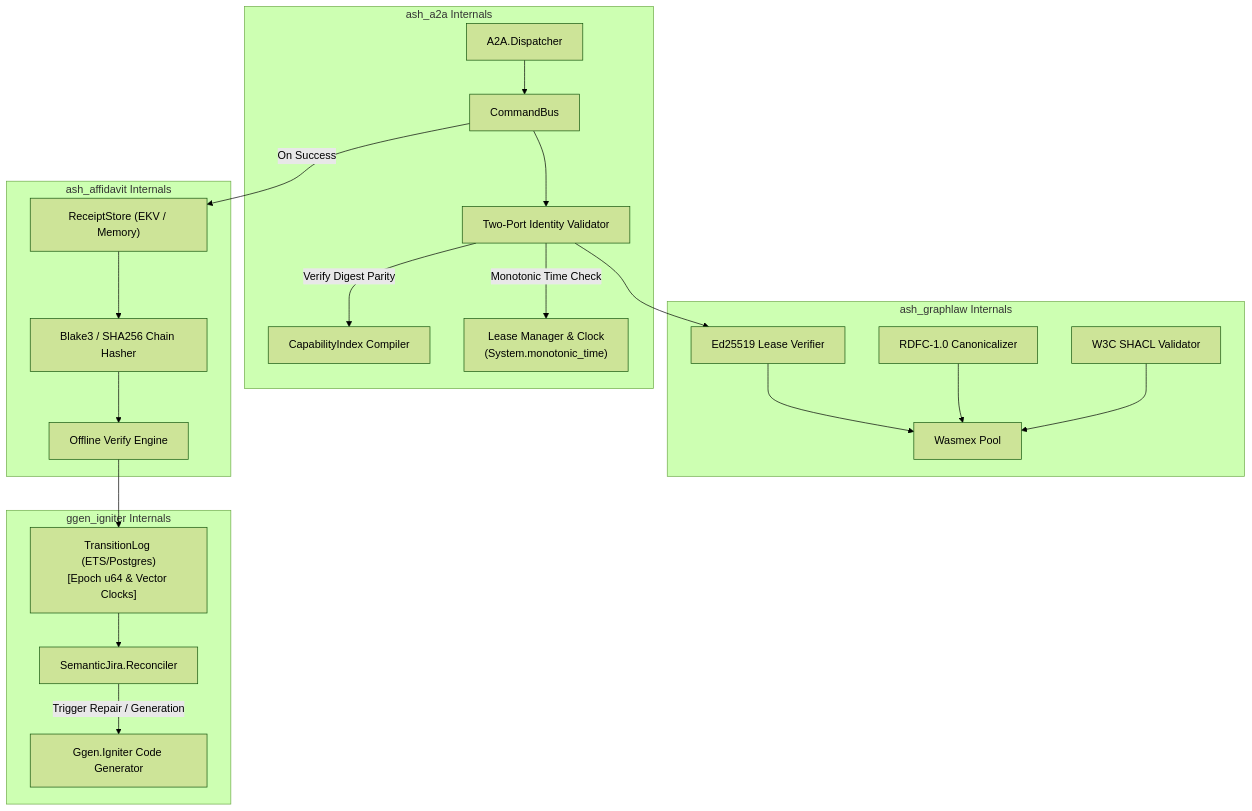
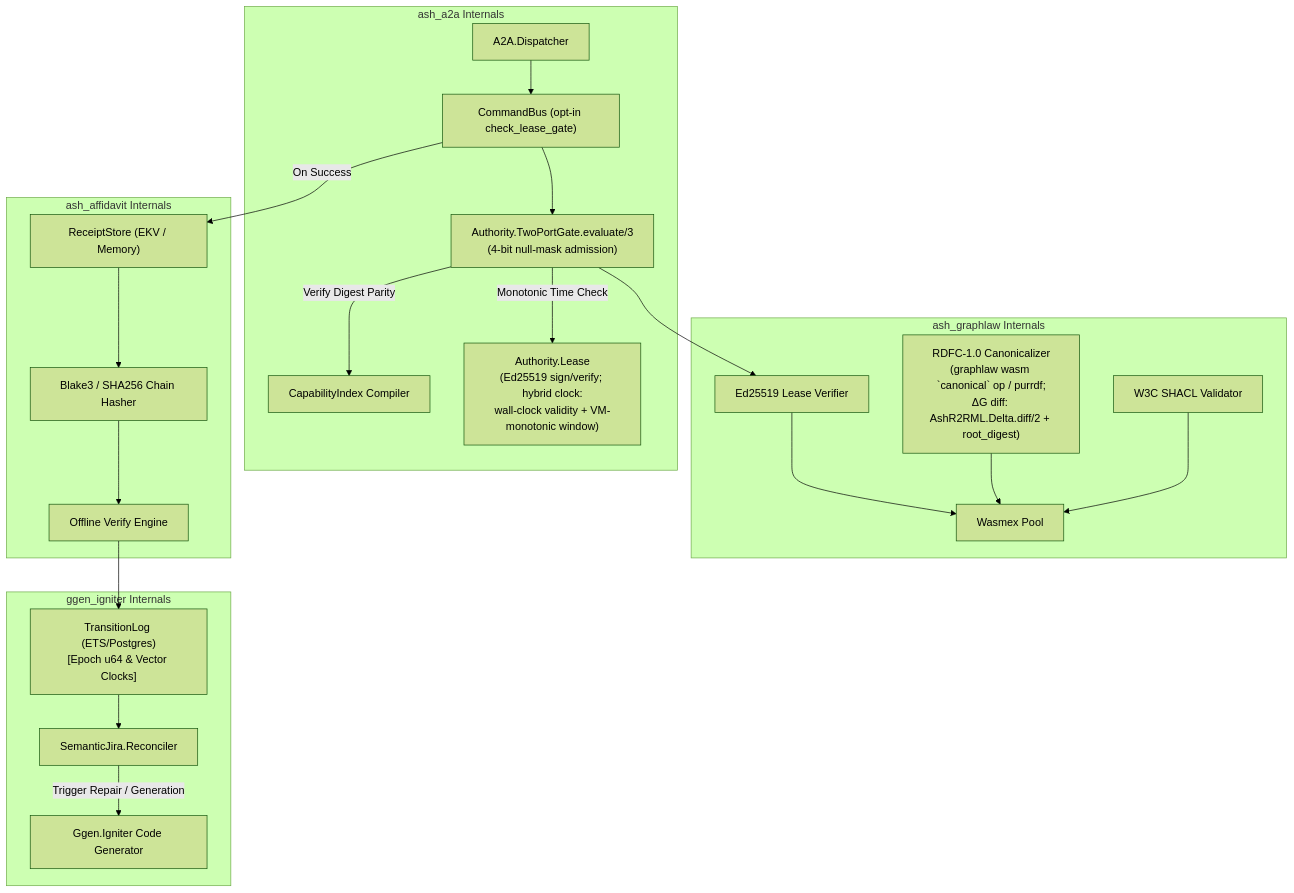
Before and after one commit to seanchatmangpt/chatman-ecosystem: the third of 6 diagrams in docs/architecture/loops-of-loops.md, drawn with Mermaid (forest theme). The commit also changed other lines of this file and 1 other file, not shown here.

````diff
--- a/docs/architecture/loops-of-loops.md
+++ b/docs/architecture/loops-of-loops.md
@@ -114,47 +121,47 @@
 ```mermaid
 flowchart TB
     subgraph ash_a2a["ash_a2a Internals"]
-        CmdBus["CommandBus"]
+        CmdBus["CommandBus (opt-in check_lease_gate)"]
         Dispatcher["A2A.Dispatcher"]
-        TwoPortGate["Two-Port Identity Validator"]
+        TwoPortGate["Authority.TwoPortGate.evaluate/3\n(4-bit null-mask admission)"]
         CapabilityIndex["CapabilityIndex Compiler"]
-        LeaseManager["Lease Manager & Clock\n(System.monotonic_time)"]
+        LeaseManager["Authority.Lease\n(Ed25519 sign/verify; hybrid clock:\nwall-clock validity + VM-monotonic window)"]
     end
 
     subgraph ash_graphlaw["ash_graphlaw Internals"]
         WasmPool["Wasmex Pool"]
-        DigestEngine["RDFC-1.0 Canonicalizer"]
+        DigestEngine["RDFC-1.0 Canonicalizer\n(graphlaw wasm `canonical` op / purrdf;\nΔG diff: AshR2RML.Delta.diff/2 + root_digest)"]
         ShaclValidator["W3C SHACL Validator"]
         LeaseVerifier["Ed25519 Lease Verifier"]
     end
 
     subgraph ash_affidavit["ash_affidavit Internals"]
         ReceiptStore["ReceiptStore (EKV / Memory)"]
         ChainHasher["Blake3 / SHA256 Chain Hasher"]
         Attestor["Offline Verify Engine"]
     end
 
     subgraph ggen_igniter["ggen_igniter Internals"]
         Reconciler["SemanticJira.Reconciler"]
         TransitionLog["TransitionLog (ETS/Postgres)\n[Epoch u64 & Vector Clocks]"]
         CodeGenerator["Ggen.Igniter Code Generator"]
     end
 
     Dispatcher --> CmdBus
     CmdBus --> TwoPortGate
     TwoPortGate -->|"Verify Digest Parity"| CapabilityIndex
     TwoPortGate -->|"Monotonic Time Check"| LeaseManager
 
     TwoPortGate --> LeaseVerifier
     LeaseVerifier --> WasmPool
     DigestEngine --> WasmPool
     ShaclValidator --> WasmPool
 
     CmdBus -->|"On Success"| ReceiptStore
     ReceiptStore --> ChainHasher
     ChainHasher --> Attestor
 
     Attestor --> TransitionLog
     TransitionLog --> Reconciler
     Reconciler -->|"Trigger Repair / Generation"| CodeGenerator
 ```
````
